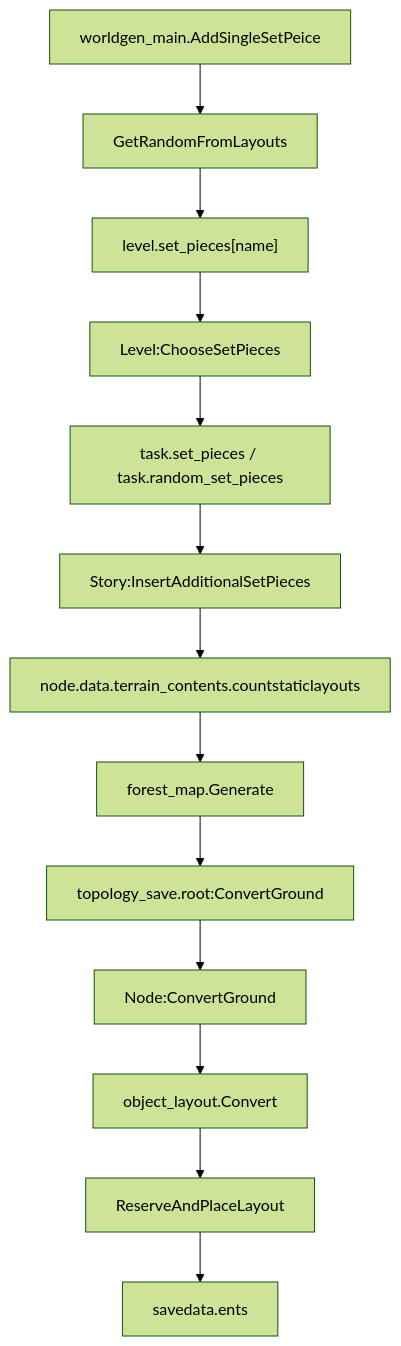
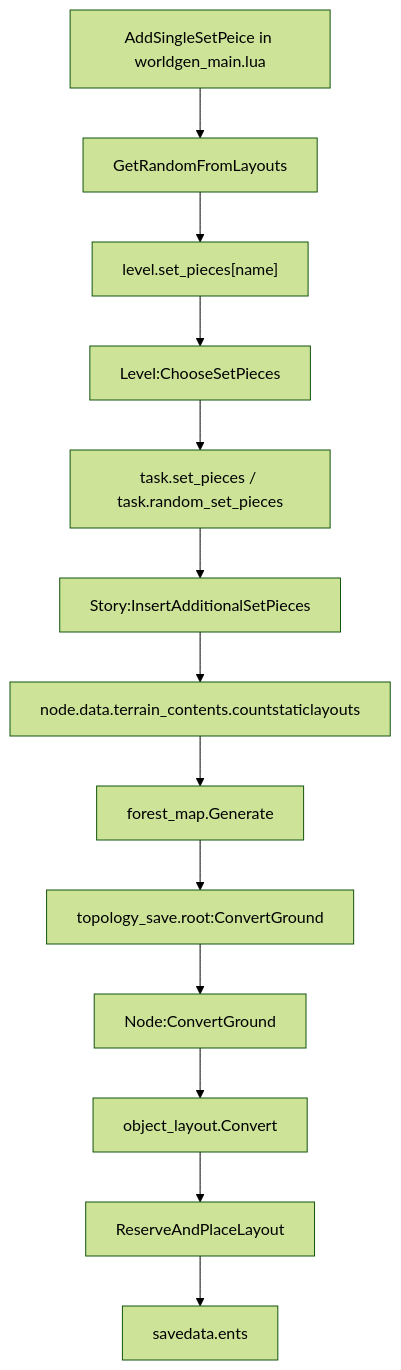
The diagram in dst-scripts/index/0x5000-world-simulation/0x5100-worldgen/0x5103-layouts.md (LetsStarveTogether/dst-server), drawn with Mermaid (forest theme) before and after one commit. The commit also changed other lines of this file and 83 other files, not shown here.

```diff
--- a/dst-scripts/index/0x5000-world-simulation/0x5100-worldgen/0x5103-layouts.md
+++ b/dst-scripts/index/0x5000-world-simulation/0x5100-worldgen/0x5103-layouts.md
@@ -79,16 +94,16 @@
 ~~~mermaid
 flowchart TD
-    A["worldgen_main.AddSingleSetPeice"]
+    A["AddSingleSetPeice in worldgen_main.lua"]
     A --> B["GetRandomFromLayouts"]
     B --> C["level.set_pieces[name]"]
     C --> D["Level:ChooseSetPieces"]
     D --> E["task.set_pieces / task.random_set_pieces"]
     E --> F["Story:InsertAdditionalSetPieces"]
     F --> G["node.data.terrain_contents.countstaticlayouts"]
     G --> H["forest_map.Generate"]
     H --> I["topology_save.root:ConvertGround"]
     I --> J["Node:ConvertGround"]
     J --> K["object_layout.Convert"]
     K --> L["ReserveAndPlaceLayout"]
     L --> M["savedata.ents"]
 ~~~
```
